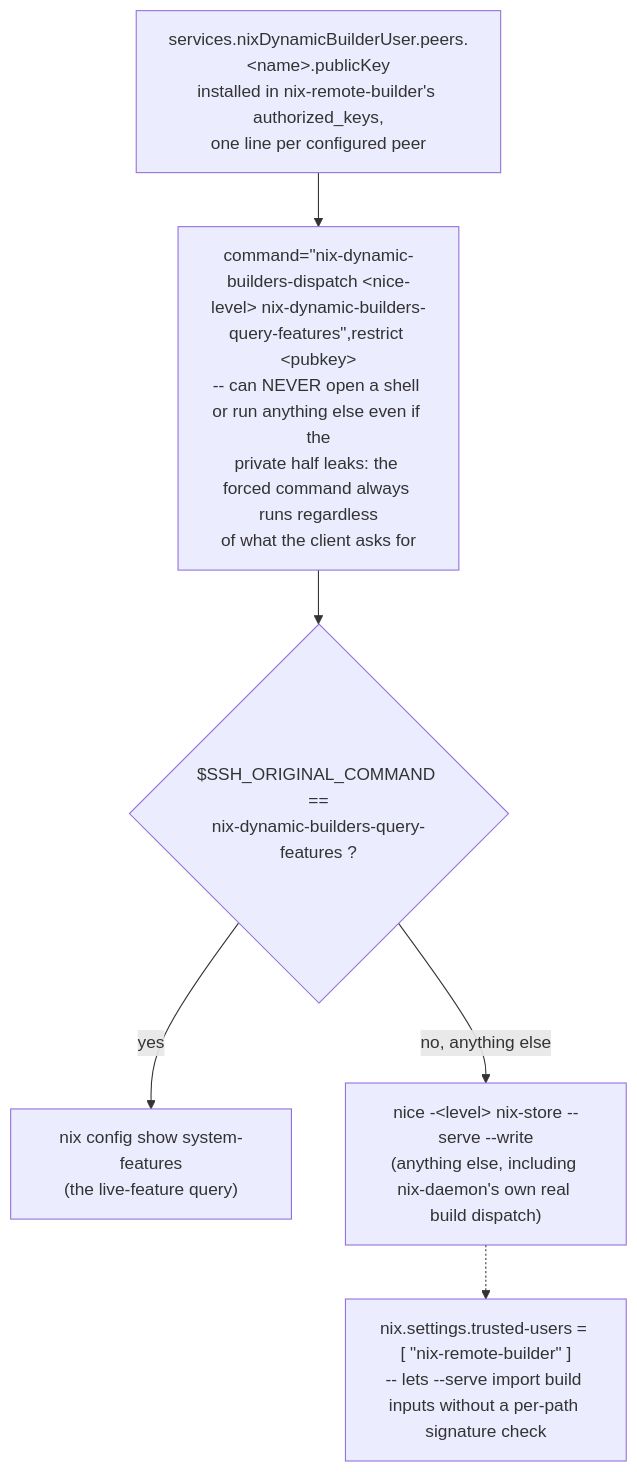
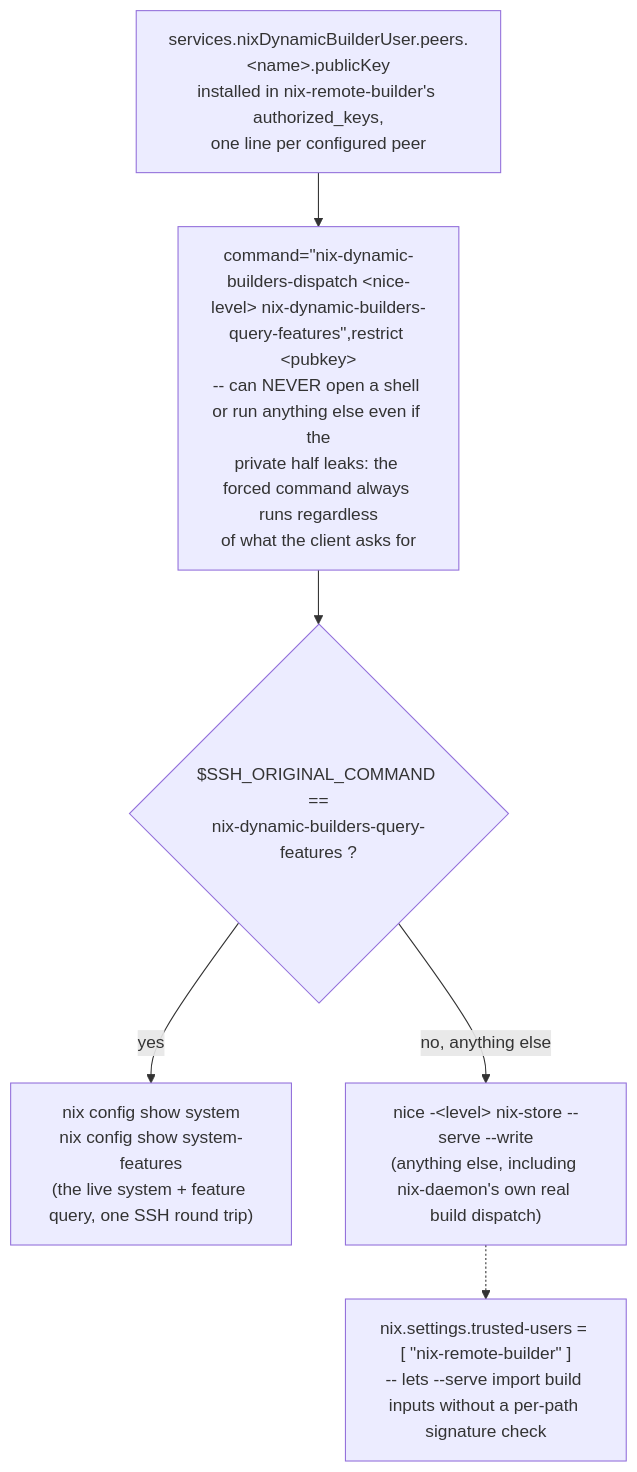
One commit to dvaerum/nixos-remote-builder-liveness-module changed the second of 2 diagrams in README.md. Above: the diagram before and after it, drawn with Mermaid. The commit also changed other lines of this file, not shown here.

First line of the commit message:
README: update for live system (docs/decisions/0006)

````diff
--- a/README.md
+++ b/README.md
@@ -55,14 +55,14 @@
 ```mermaid
 flowchart TD
     P["services.nixDynamicBuilderUser.peers.#60;name#62;.publicKey<br/>installed in nix-remote-builder's authorized_keys,<br/>one line per configured peer"]
     Q["command=#34;nix-dynamic-builders-dispatch #60;nice-level#62; nix-dynamic-builders-query-features#34;,restrict #60;pubkey#62;<br/>-- can NEVER open a shell or run anything else even if the<br/>private half leaks: the forced command always runs regardless<br/>of what the client asks for"]
     R{"$SSH_ORIGINAL_COMMAND ==<br/>nix-dynamic-builders-query-features ?"}
-    S["nix config show system-features<br/>(the live-feature query)"]
+    S["nix config show system<br/>nix config show system-features<br/>(the live system + feature query, one SSH round trip)"]
     T["nice -#60;level#62; nix-store --serve --write<br/>(anything else, including nix-daemon's own real build dispatch)"]
     U["nix.settings.trusted-users = [ #34;nix-remote-builder#34; ]<br/>-- lets --serve import build inputs without a per-path signature check"]
 
     P --> Q --> R
     R -->|"yes"| S
     R -->|"no, anything else"| T
     T -.-> U
 ```
````
